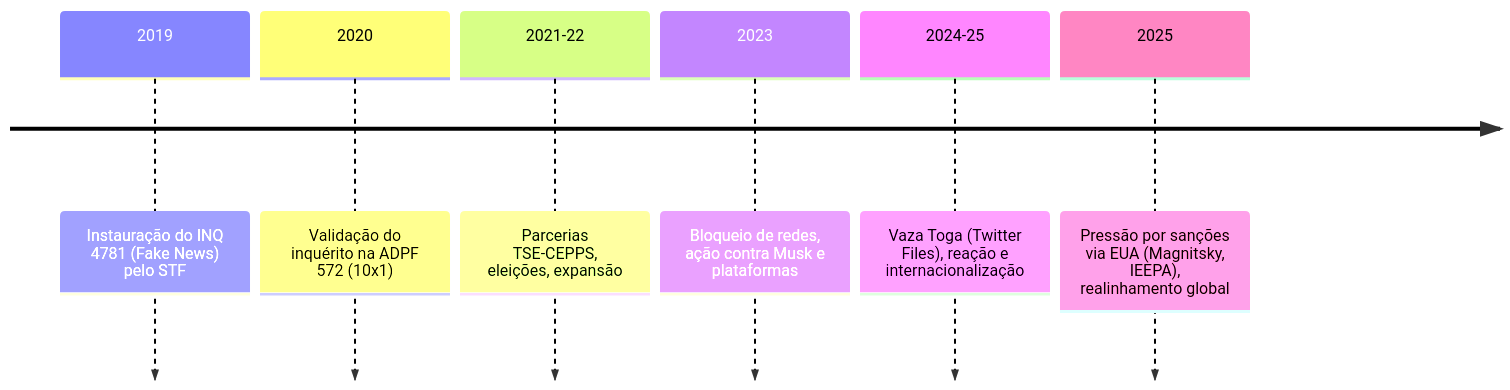
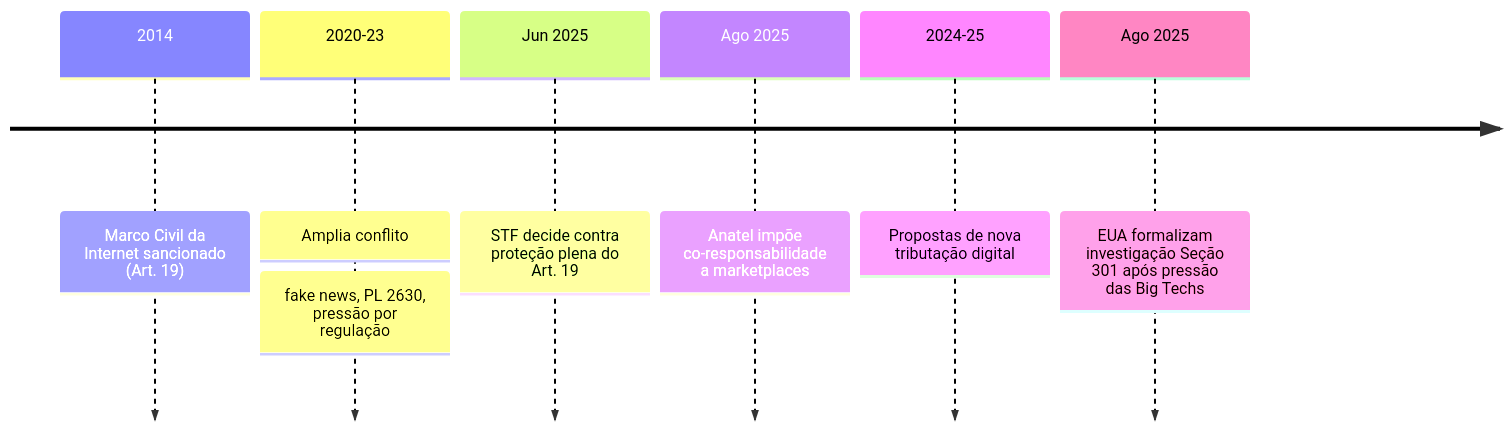
Before and after one commit to araguaci/lawfare-timeline: the diagram in _posts/crise-diplomatica/2025-08-25-crise-brasil-eua-inq-4781-vaza-toga-e-sancoes.md, drawn with Mermaid. The commit also changed other lines of this file and 2655 other files, not shown here.

Commit message:
Linha do Tempo Analítica – Crise Judicial Brasileira INQ 4781 e Internacionalização das Tensões

````diff
--- a/_posts/crise-diplomatica/2025-08-25-crise-brasil-eua-inq-4781-vaza-toga-e-sancoes.md
+++ b/_posts/crise-diplomatica/2025-08-25-crise-brasil-eua-inq-4781-vaza-toga-e-sancoes.md
@@ -67,9 +54,9 @@
 ```mermaid
 timeline
-    2019 : Instauração do INQ 4781 (Fake News) pelo STF
-    2020 : Validação do inquérito na ADPF 572 (10x1)
-    2021-22 : Parcerias TSE-CEPPS, eleições, expansão
-    2023 : Bloqueio de redes, ação contra Musk e plataformas
-    2024-25 : Vaza Toga (Twitter Files), reação e internacionalização
-    2025 : Pressão por sanções via EUA (Magnitsky, IEEPA), realinhamento global
+    2014  : Marco Civil da Internet sancionado (Art. 19)
+    2020-23 : Amplia conflito: fake news, PL 2630, pressão por regulação
+    Jun 2025 : STF decide contra proteção plena do Art. 19
+    Ago 2025 : Anatel impõe co-responsabilidade a marketplaces
+    2024-25 : Propostas de nova tributação digital
+    Ago 2025 : EUA formalizam investigação Seção 301 após pressão das Big Techs
 ```
````
